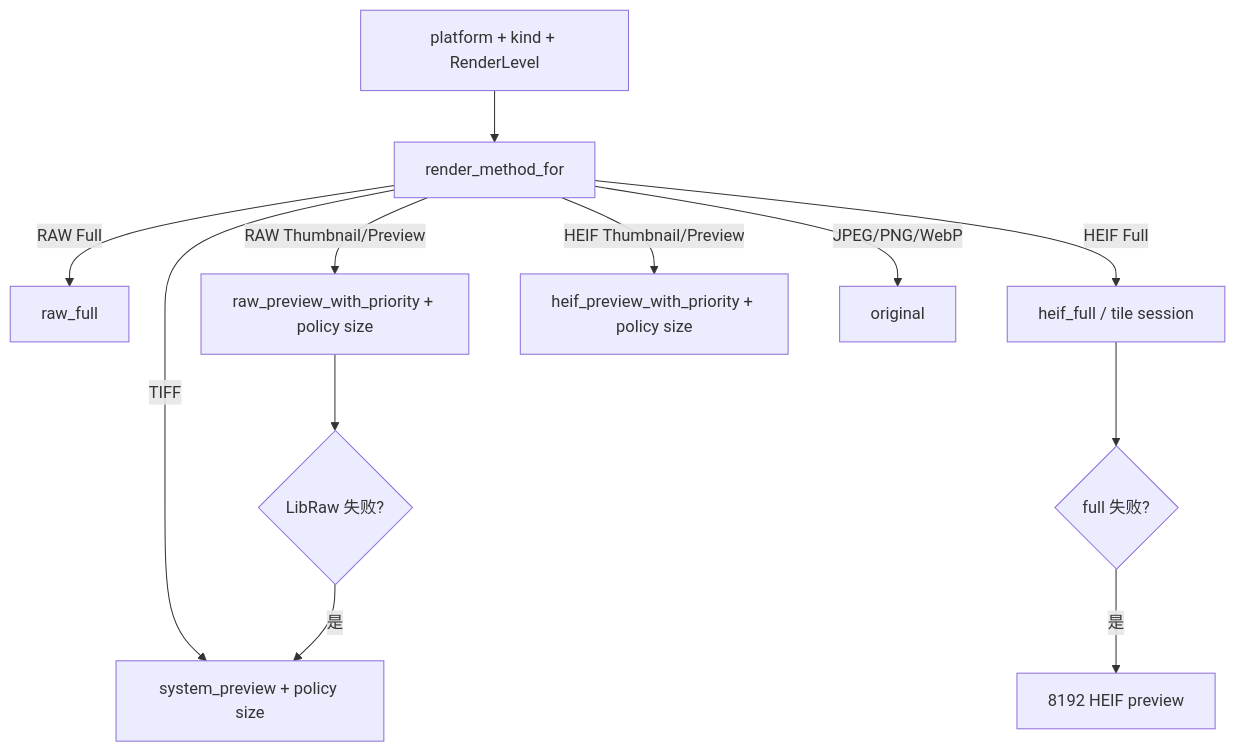
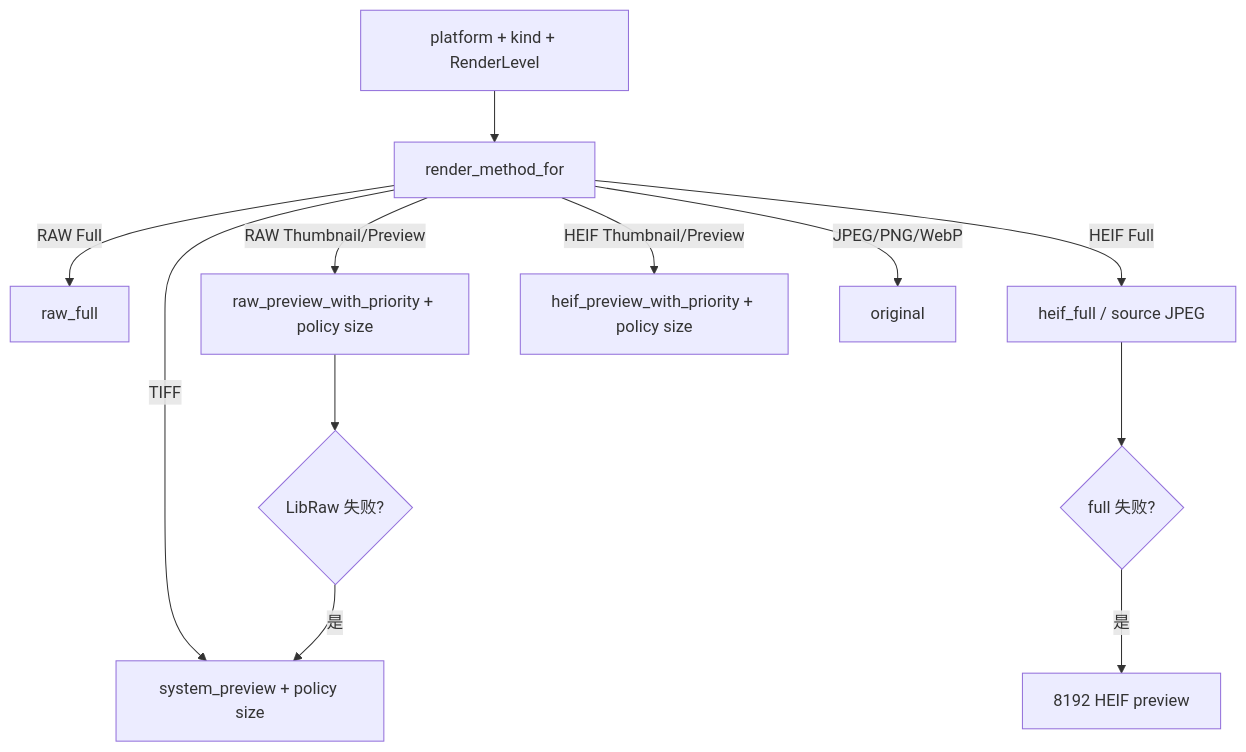
The third of 3 diagrams in docs/architecture/03-preview-pipeline.md (oxygenkun/oxyviewer), drawn with Mermaid before and after one commit. The commit also changed other lines of this file and 23 other files, not shown here.

First line of the commit message:
perf(heif): load loupe from source-derived JPEG

````diff
--- a/docs/architecture/03-preview-pipeline.md
+++ b/docs/architecture/03-preview-pipeline.md
@@ -148,14 +148,14 @@
 ```mermaid
 flowchart TD
     request["platform + kind + RenderLevel"] --> policy["render_method_for"]
     policy -->|RAW Full| rawFull["raw_full"]
     policy -->|RAW Thumbnail/Preview| rawPreview["raw_preview_with_priority + policy size"]
-    policy -->|HEIF Full| heifFull["heif_full / tile session"]
+    policy -->|HEIF Full| heifFull["heif_full / source JPEG"]
     policy -->|HEIF Thumbnail/Preview| heifPreview["heif_preview_with_priority + policy size"]
     policy -->|TIFF| systemPreview["system_preview + policy size"]
     policy -->|JPEG/PNG/WebP| original["original"]
     rawPreview --> rawFallback{LibRaw 失败?}
     rawFallback -->|是| systemPreview
     heifFull --> heifFallback{full 失败?}
     heifFallback -->|是| heif8192["8192 HEIF preview"]
 ```
````
